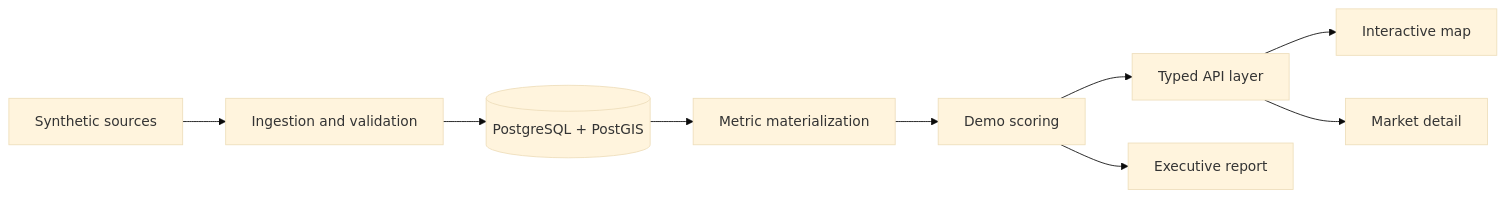
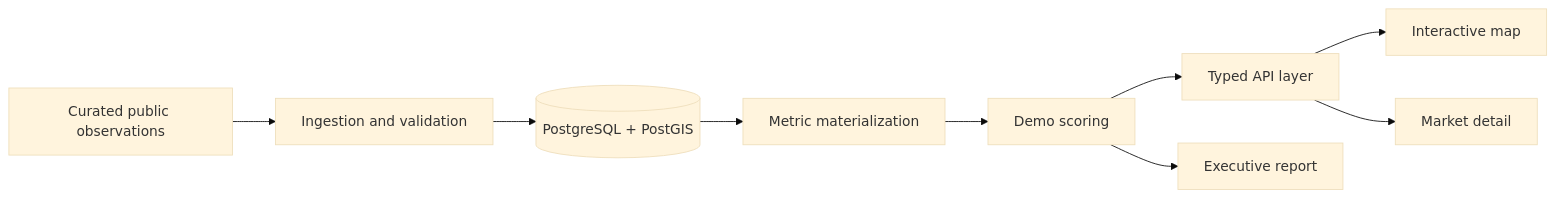
Before and after one commit to jdgoetz/urgent-care-expansion-demo: the second of 3 diagrams in README.md, drawn with Mermaid (base theme). The commit also changed other lines of this file and 14 other files, not shown here.

Commit message:
Document and present the curated public demo

````diff
--- a/README.md
+++ b/README.md
@@ -53,11 +53,11 @@
 ```mermaid
 flowchart LR
-    A[Synthetic sources] --> B[Ingestion and validation]
+    A[Curated public observations] --> B[Ingestion and validation]
     B --> C[(PostgreSQL + PostGIS)]
     C --> D[Metric materialization]
     D --> E[Demo scoring]
     E --> F[Typed API layer]
     F --> G[Interactive map]
     F --> H[Market detail]
     E --> I[Executive report]
 ```
````
